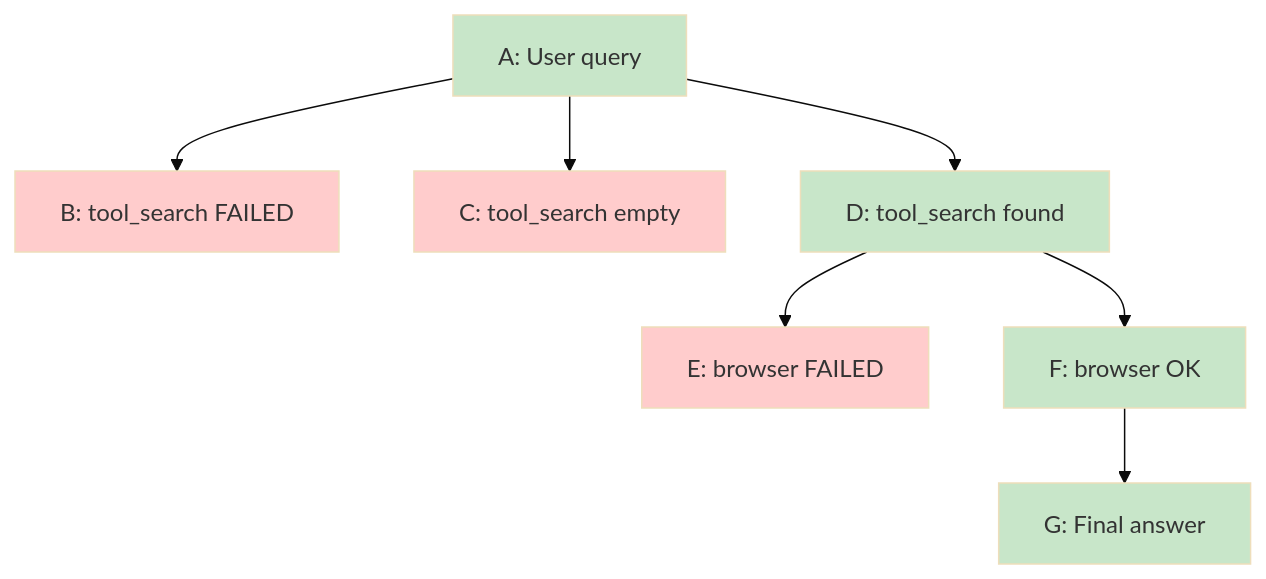
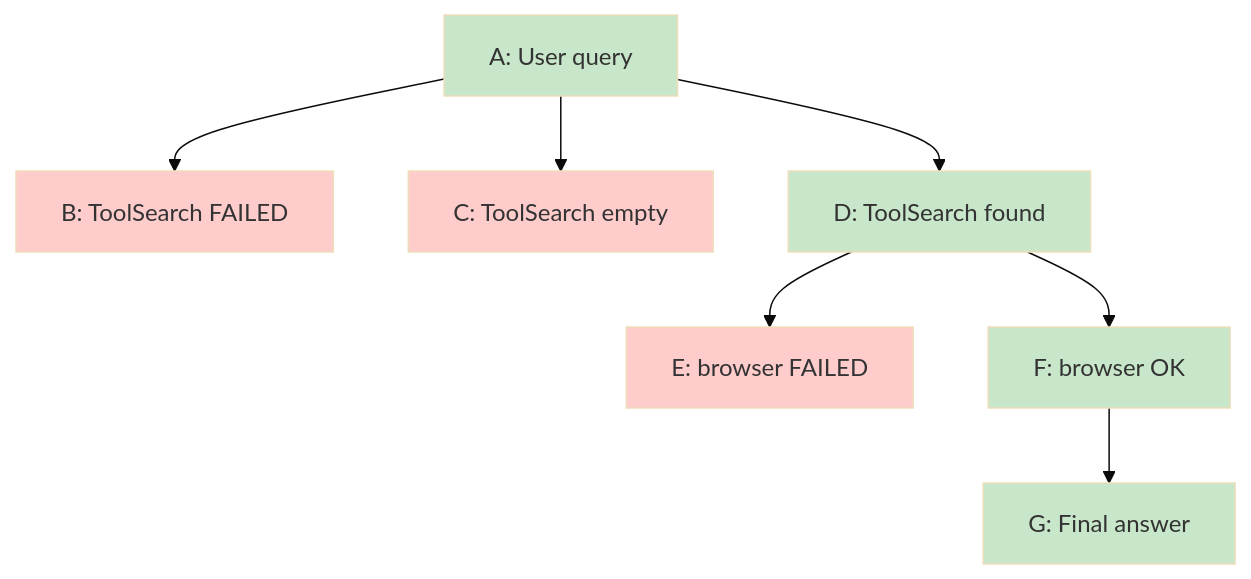
One commit to gorgiaxx/y-agent changed the fourth of 9 diagrams in docs/design/context-pruning-design.md. Above: the diagram before and after it, drawn with Mermaid (base theme). The commit also changed other lines of this file and 41 other files, not shown here.

````diff
--- a/docs/design/context-pruning-design.md
+++ b/docs/design/context-pruning-design.md
@@ -223,17 +223,17 @@
 ```mermaid
 flowchart TD
-    A["A: User query"] --> B["B: tool_search FAILED"]
-    A --> C["C: tool_search empty"]
-    A --> D["D: tool_search found"]
+    A["A: User query"] --> B["B: ToolSearch FAILED"]
+    A --> C["C: ToolSearch empty"]
+    A --> D["D: ToolSearch found"]
     D --> E["E: browser FAILED"]
     D --> F["F: browser OK"]
     F --> G["G: Final answer"]
 
     style B fill:#ffcccc
     style C fill:#ffcccc
     style E fill:#ffcccc
     style A fill:#c8e6c9
     style D fill:#c8e6c9
     style F fill:#c8e6c9
     style G fill:#c8e6c9
 ```
````
